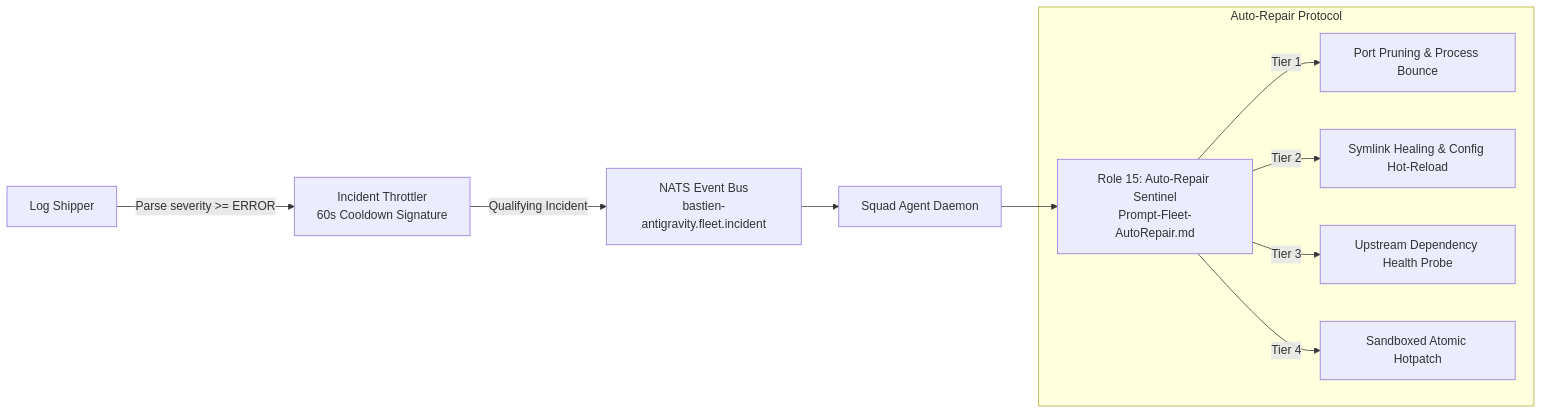
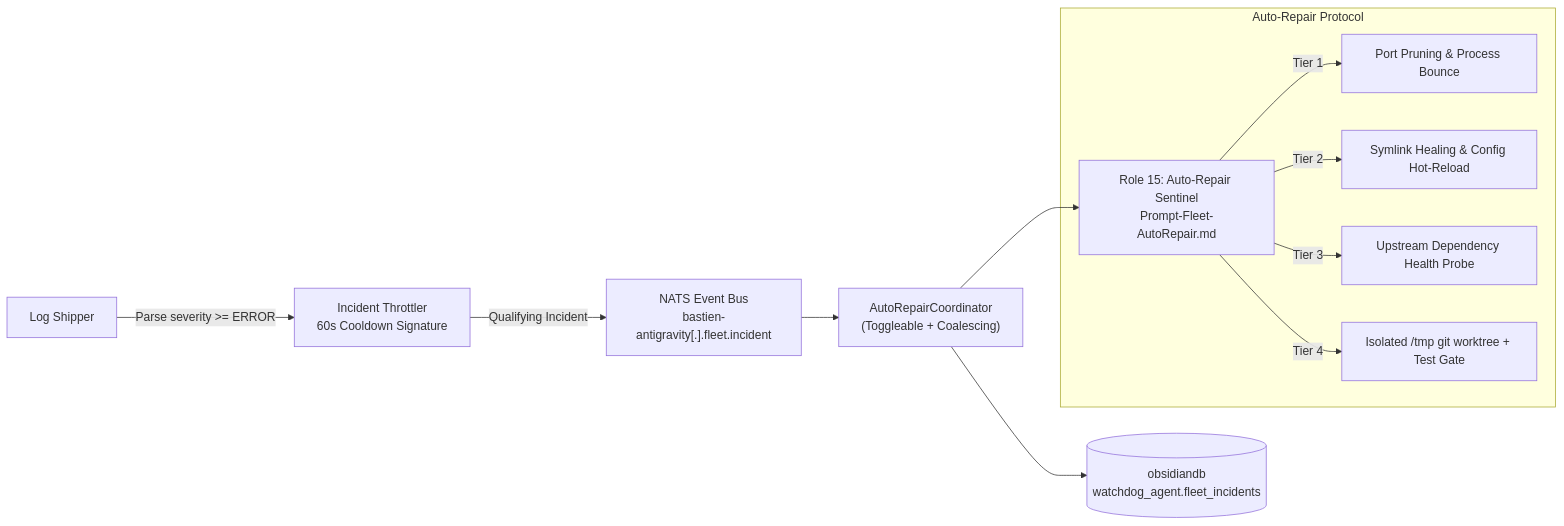
Before and after one commit to Bastien-Antigravity/tech-stack-brain: the second of 2 diagrams in 02-Project-Architecture/16-Fleet-Error-Log-Persistence-Standard.md, drawn with Mermaid. The commit also changed other lines of this file and 14 other files, not shown here.

Commit message:
refactor: update architecture and coding standards for unified AppConfig versioning and fail-fast validation

````diff
--- a/02-Project-Architecture/16-Fleet-Error-Log-Persistence-Standard.md
+++ b/02-Project-Architecture/16-Fleet-Error-Log-Persistence-Standard.md
@@ -183,14 +220,15 @@
 ```mermaid
 flowchart LR
     Tailer[Log Shipper] -->|Parse severity >= ERROR| Throttler[Incident Throttler<br/>60s Cooldown Signature]
-    Throttler -->|Qualifying Incident| Bus[NATS Event Bus<br/>bastien-antigravity.fleet.incident]
-    Bus --> Squad[Squad Agent Daemon]
+    Throttler -->|Qualifying Incident| Bus["NATS Event Bus<br/>bastien-antigravity[.<brain>].fleet.incident"]
+    Bus --> Squad["AutoRepairCoordinator<br/>(Toggleable + Coalescing)"]
+    Squad --> DB[(obsidiandb<br/>watchdog_agent.fleet_incidents)]
     Squad --> SRE[Role 15: Auto-Repair Sentinel<br/>Prompt-Fleet-AutoRepair.md]
     
     subgraph "Auto-Repair Protocol"
         SRE -->|Tier 1| P1[Port Pruning & Process Bounce]
         SRE -->|Tier 2| P2[Symlink Healing & Config Hot-Reload]
         SRE -->|Tier 3| P3[Upstream Dependency Health Probe]
-        SRE -->|Tier 4| P4[Sandboxed Atomic Hotpatch]
+        SRE -->|Tier 4| P4["Isolated /tmp git worktree + Test Gate"]
     end
 ```
````
